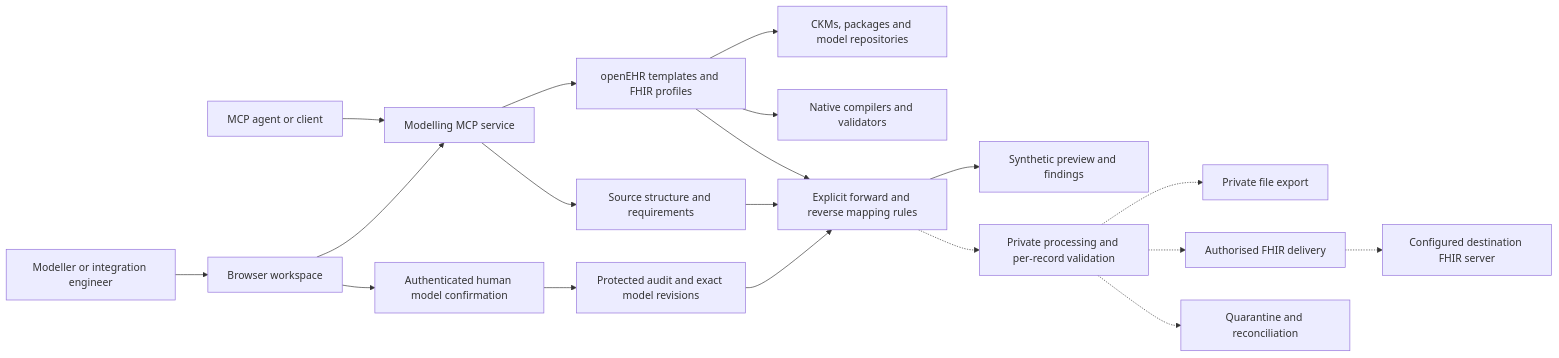
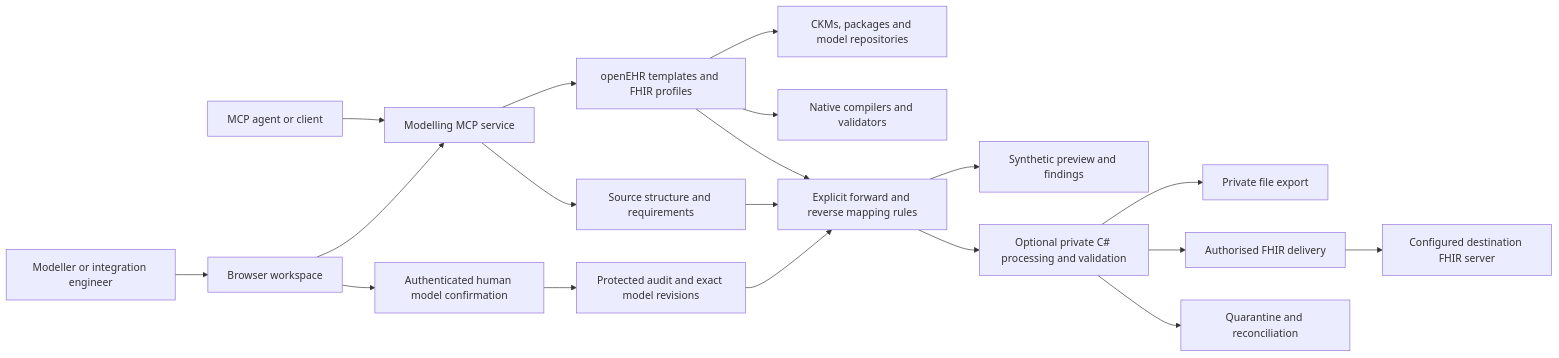
One commit to CzarMich/openehr_FHIR_Modeller changed the first of 3 diagrams in docs/ARCHITECTURE.md. Above: the diagram before and after it, drawn with Mermaid. The commit also changed other lines of this file and 70 other files, not shown here.

Commit message:
feat(integration): add C# modelling core and private mapping channels

````diff
--- a/docs/ARCHITECTURE.md
+++ b/docs/ARCHITECTURE.md
@@ -17,21 +14,21 @@
 ```mermaid
 flowchart LR
     User[Modeller or integration engineer] --> Browser[Browser workspace]
     Agent[MCP agent or client] --> MCP[Modelling MCP service]
     Browser --> MCP
     MCP --> Sources[Source structure and requirements]
     MCP --> Models[openEHR templates and FHIR profiles]
     Models --> Reuse[CKMs, packages and model repositories]
     Models --> Engines[Native compilers and validators]
     Browser --> Review[Authenticated human model confirmation]
     Review --> Audit[Protected audit and exact model revisions]
     Models --> Mapping[Explicit forward and reverse mapping rules]
     Sources --> Mapping
     Audit --> Mapping
     Mapping --> Preview[Synthetic preview and findings]
-    Mapping -.-> Runtime[Private processing and per-record validation]
-    Runtime -.-> Export[Private file export]
-    Runtime -.-> Delivery[Authorised FHIR delivery]
-    Delivery -.-> Destination[Configured destination FHIR server]
-    Runtime -.-> Reconcile[Quarantine and reconciliation]
+    Mapping --> Runtime[Optional private C# processing and validation]
+    Runtime --> Export[Private file export]
+    Runtime --> Delivery[Authorised FHIR delivery]
+    Delivery --> Destination[Configured destination FHIR server]
+    Runtime --> Reconcile[Quarantine and reconciliation]
 ```
````
